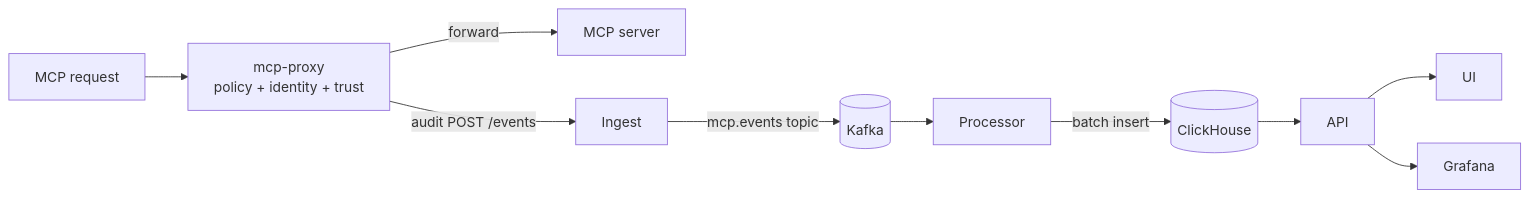
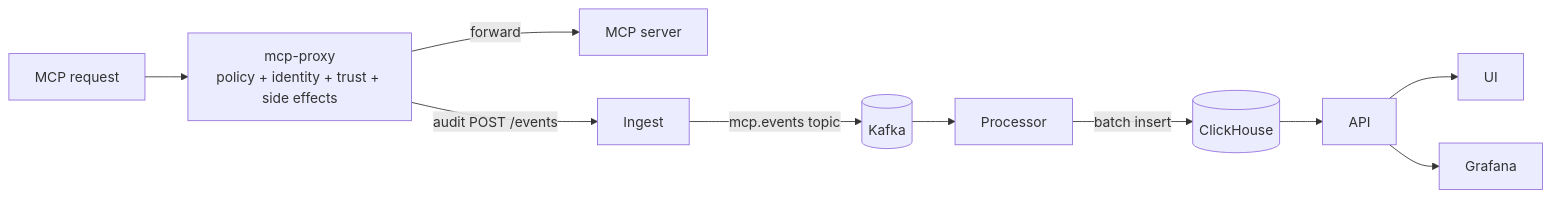
The diagram in docs/sentinel.md (Agent-Hellboy/mcp-runtime), drawn with Mermaid before and after one commit. The commit also changed other lines of this file and 40 other files, not shown here.

Commit message:
feat(policy): add side-effect axis

````diff
--- a/docs/sentinel.md
+++ b/docs/sentinel.md
@@ -42,12 +42,12 @@
 ```mermaid
 flowchart LR
-    Req[MCP request] --> Proxy[mcp-proxy<br/>policy + identity + trust]
+    Req[MCP request] --> Proxy[mcp-proxy<br/>policy + identity + trust + side effects]
     Proxy -->|forward| MCP[MCP server]
     Proxy -->|audit POST /events| Ingest
     Ingest -->|mcp.events topic| Kafka[(Kafka)]
     Kafka --> Processor
     Processor -->|batch insert| CH[(ClickHouse)]
     CH --> API
     API --> UI
     API --> Graf[Grafana]
 ```
````
